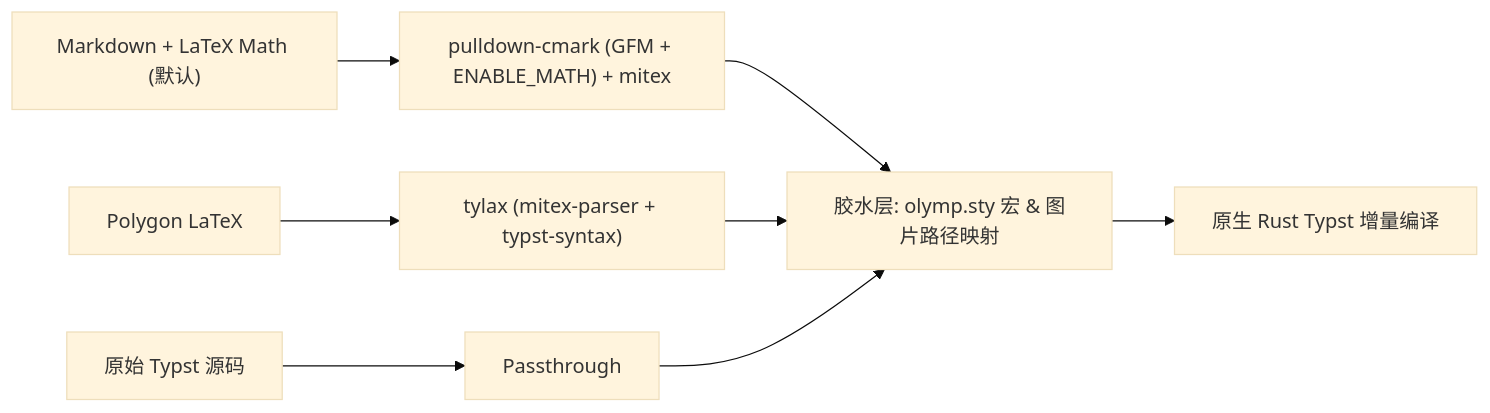
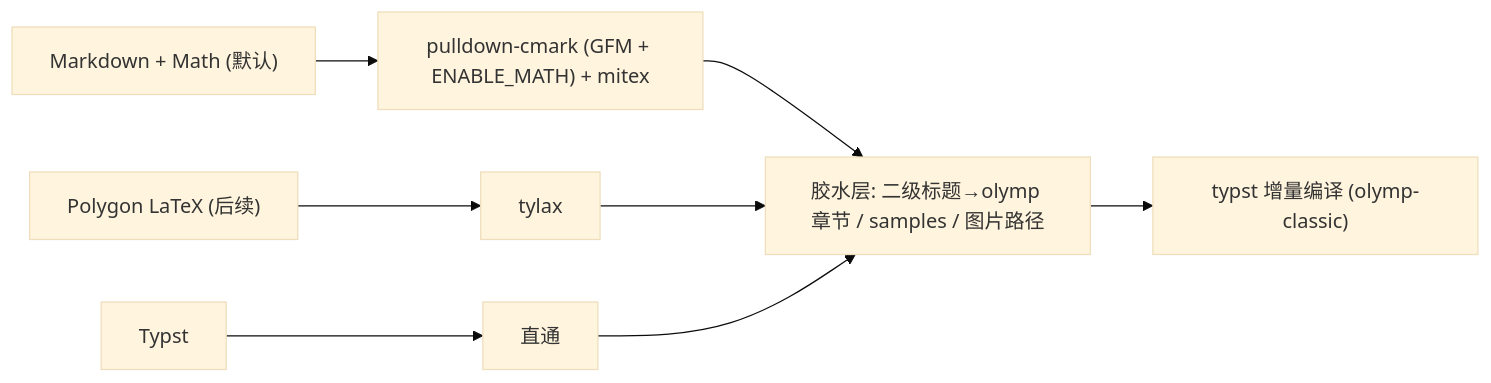
Before and after one commit to lihaoze123/xcpc-workstation: the third of 3 diagrams in docs/architecture.md, drawn with Mermaid (base theme). The commit also changed other lines of this file and 8 other files, not shown here.

````diff
--- a/docs/architecture.md
+++ b/docs/architecture.md
@@ -182,11 +187,10 @@
 ```mermaid
 flowchart LR
-    MD["Markdown + LaTeX Math (默认)"] --> P1["pulldown-cmark (GFM + ENABLE_MATH) + mitex"]
-    TEX["Polygon LaTeX"] --> P2["tylax (mitex-parser + typst-syntax)"]
-    TYP["原始 Typst 源码"] --> P3["Passthrough"]
-
-    P1 --> Glue["胶水层: olymp.sty 宏 & 图片路径映射"]
+    MD["Markdown + Math (默认)"] --> P1["pulldown-cmark (GFM + ENABLE_MATH) + mitex"]
+    TEX["Polygon LaTeX (后续)"] --> P2["tylax"]
+    TYP["Typst"] --> P3["直通"]
+    P1 --> Glue["胶水层: 二级标题→olymp 章节 / samples / 图片路径"]
     P2 --> Glue
     P3 --> Glue
-    Glue --> Typst["原生 Rust Typst 增量编译"]
+    Glue --> Typst["typst 增量编译 (olymp-classic)"]
 ```
````
